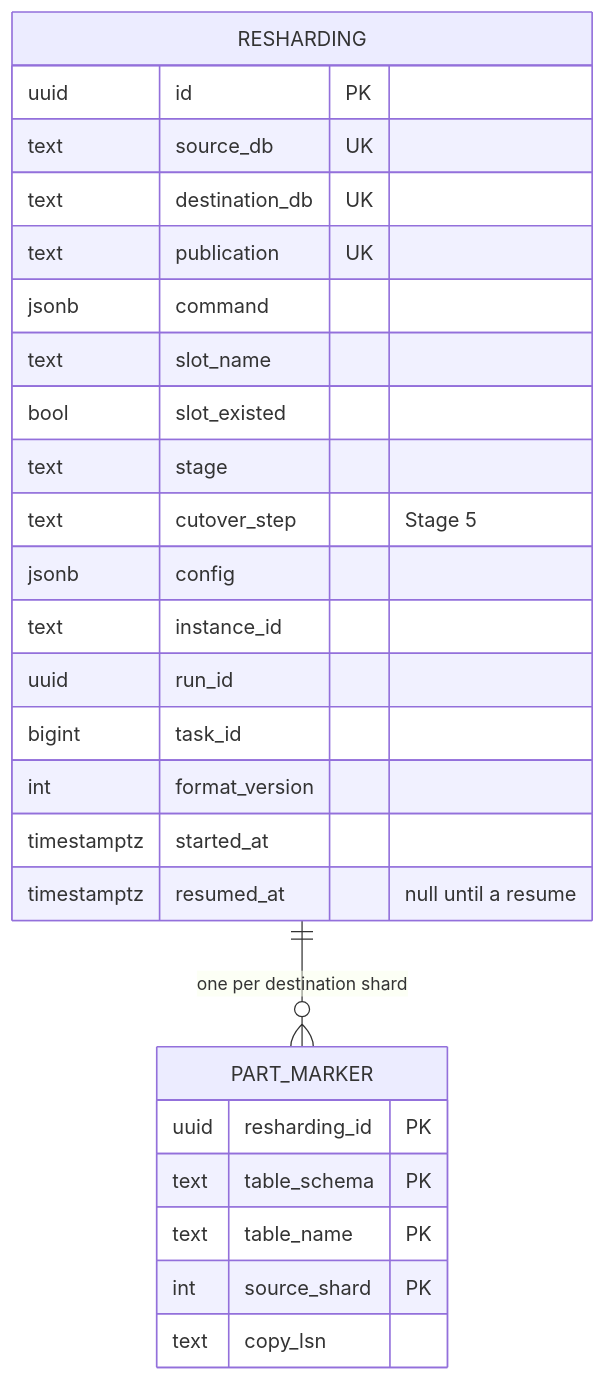
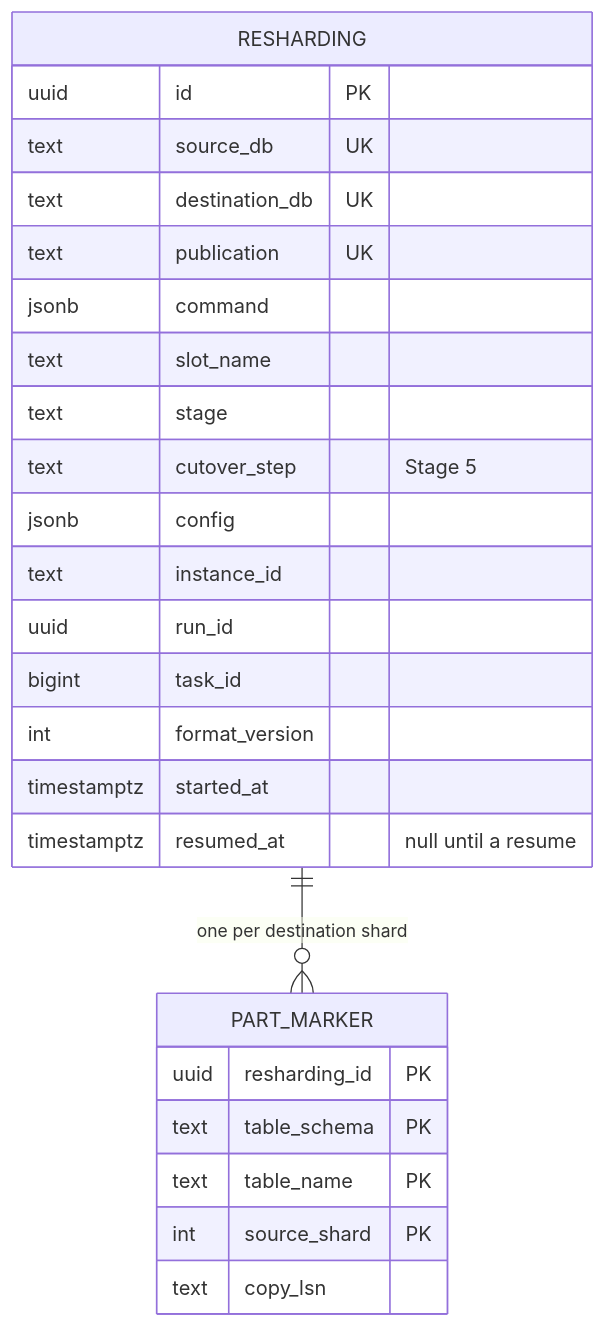
One commit to pgdogdev/pgdog changed the second of 6 diagrams in docs/RESUMABLE_RESHARDING.md. Above: the diagram before and after it, drawn with Mermaid. The commit also changed other lines of this file and 23 other files, not shown here.

````diff
--- a/docs/RESUMABLE_RESHARDING.md
+++ b/docs/RESUMABLE_RESHARDING.md
@@ -160,29 +159,28 @@
 ```mermaid
 erDiagram
   RESHARDING ||--o{ PART_MARKER : "one per destination shard"
   RESHARDING {
     uuid id PK
     text source_db UK
     text destination_db UK
     text publication UK
     jsonb command
     text slot_name
-    bool slot_existed
     text stage
     text cutover_step "Stage 5"
     jsonb config
     text instance_id
     uuid run_id
     bigint task_id
     int format_version
     timestamptz started_at
     timestamptz resumed_at "null until a resume"
   }
   PART_MARKER {
     uuid resharding_id PK
     text table_schema PK
     text table_name PK
     int source_shard PK
     text copy_lsn
   }
 ```
````
